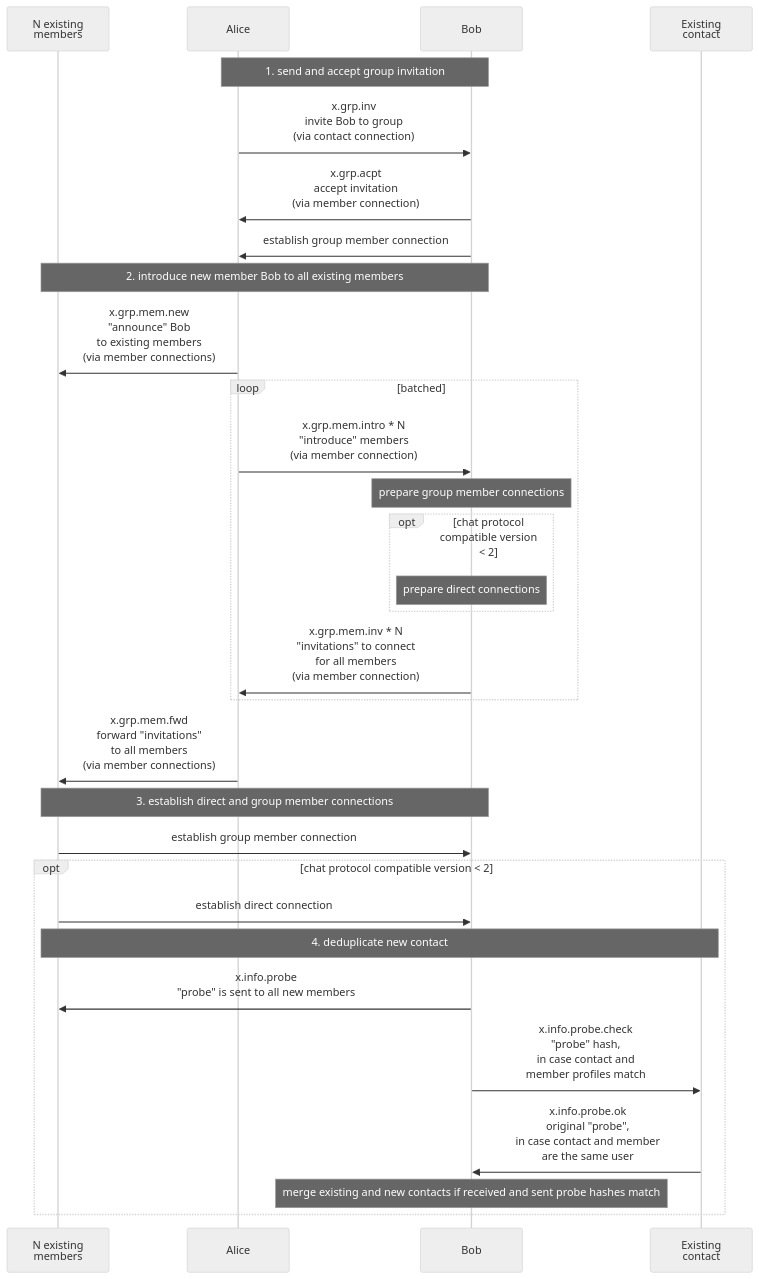
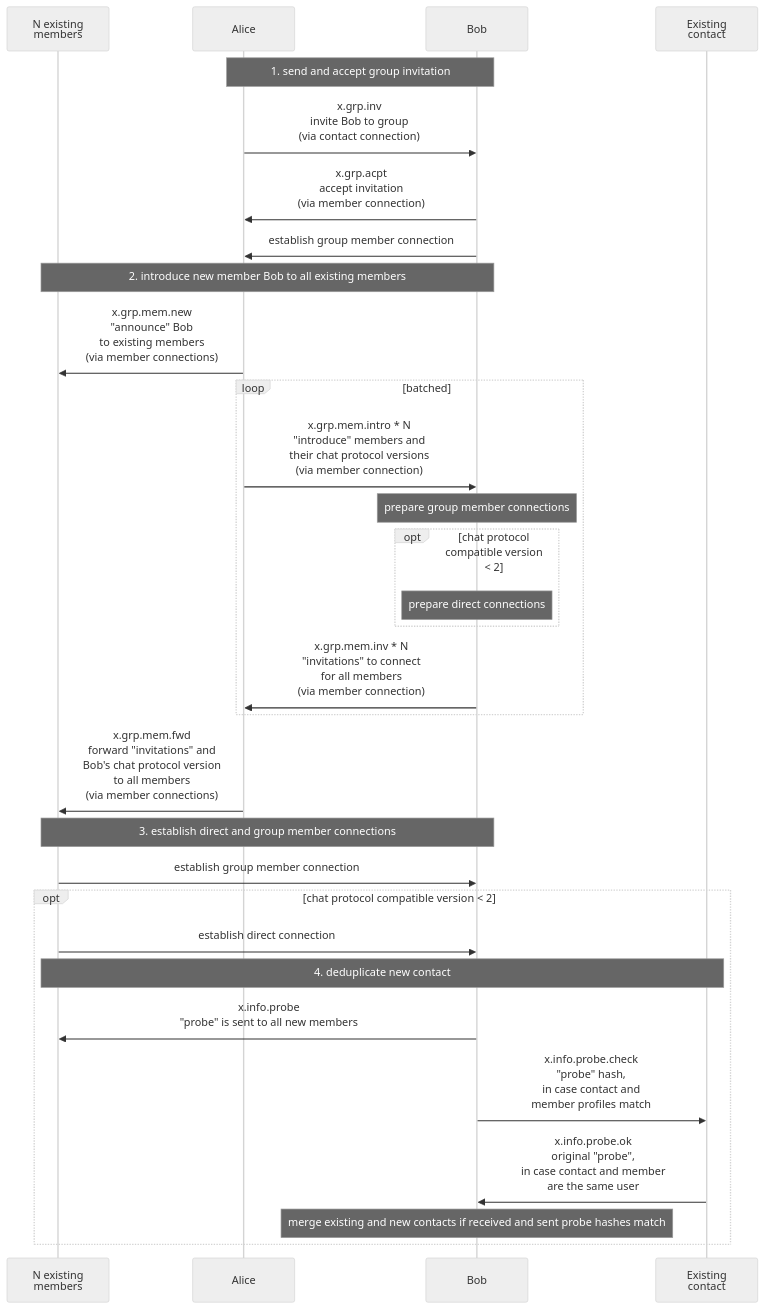
The diagram in docs/protocol/diagrams/group.mmd (simplex-chat/simplex-chat), drawn with Mermaid (neutral theme) before and after one commit. The commit also changed 1 other file, not shown here.

Commit message:
update diagram

```diff
--- a/docs/protocol/diagrams/group.mmd
+++ b/docs/protocol/diagrams/group.mmd
@@ -1,34 +1,34 @@
 sequenceDiagram
   participant M as N existing<br>members
   participant A as Alice
   participant B as Bob
   participant C as Existing<br>contact
 
   note over A, B: 1. send and accept group invitation
   A ->> B: x.grp.inv<br>invite Bob to group<br>(via contact connection)
   B ->> A: x.grp.acpt<br>accept invitation<br>(via member connection)
   B ->> A: establish group member connection
 
   note over M, B: 2. introduce new member Bob to all existing members
   A ->> M: x.grp.mem.new<br>"announce" Bob<br>to existing members<br>(via member connections)
   loop batched
-    A ->> B: x.grp.mem.intro * N<br>"introduce" members<br>(via member connection)
+    A ->> B: x.grp.mem.intro * N<br>"introduce" members and<br>their chat protocol versions<br>(via member connection)
     note over B: prepare group member connections
     opt chat protocol compatible version < 2
       note over B: prepare direct connections
     end
     B ->> A: x.grp.mem.inv * N<br>"invitations" to connect<br>for all members<br>(via member connection)
   end
-  A ->> M: x.grp.mem.fwd<br>forward "invitations"<br>to all members<br>(via member connections)
+  A ->> M: x.grp.mem.fwd<br>forward "invitations" and<br>Bob's chat protocol version<br>to all members<br>(via member connections)
 
   note over M, B: 3. establish direct and group member connections
   M ->> B: establish group member connection
 
   opt chat protocol compatible version < 2
     M ->> B: establish direct connection
     note over M, C: 4. deduplicate new contact
     B ->> M: x.info.probe<br>"probe" is sent to all new members
     B ->> C: x.info.probe.check<br>"probe" hash,<br>in case contact and<br>member profiles match
     C ->> B: x.info.probe.ok<br> original "probe",<br> in case contact and member<br>are the same user
     note over B: merge existing and new contacts if received and sent probe hashes match
   end
```
